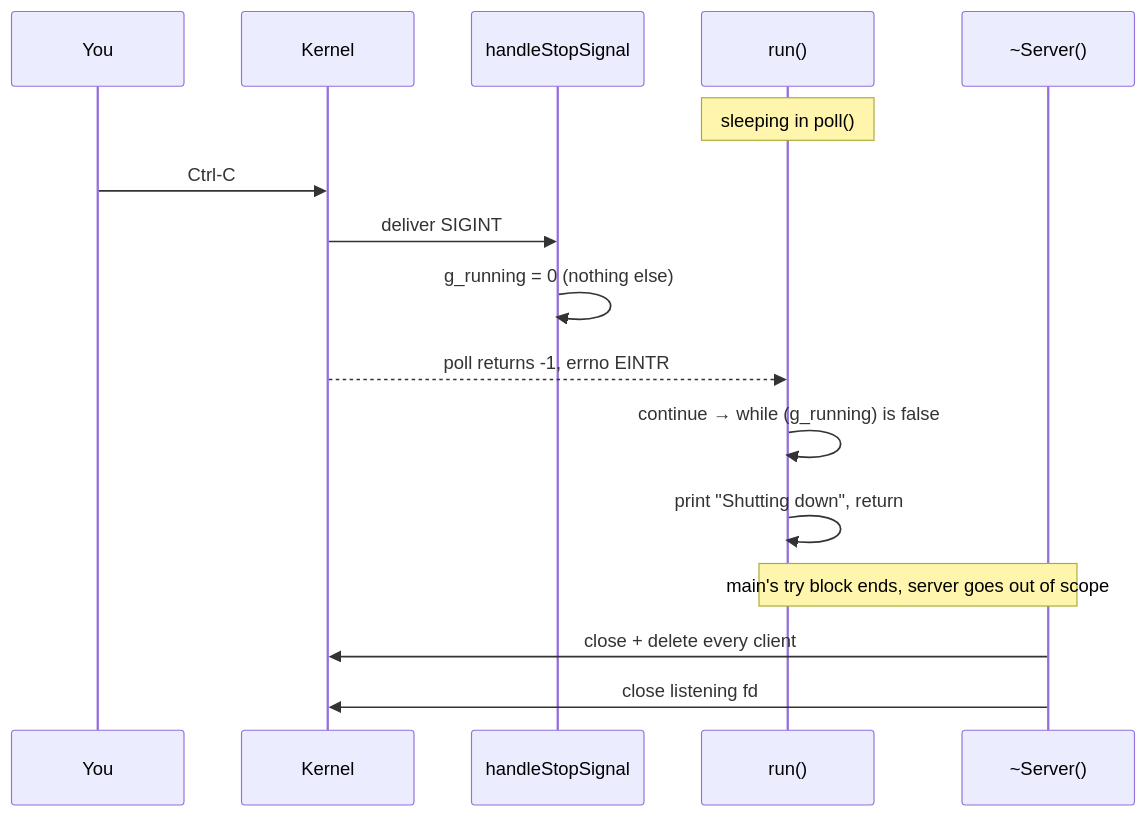
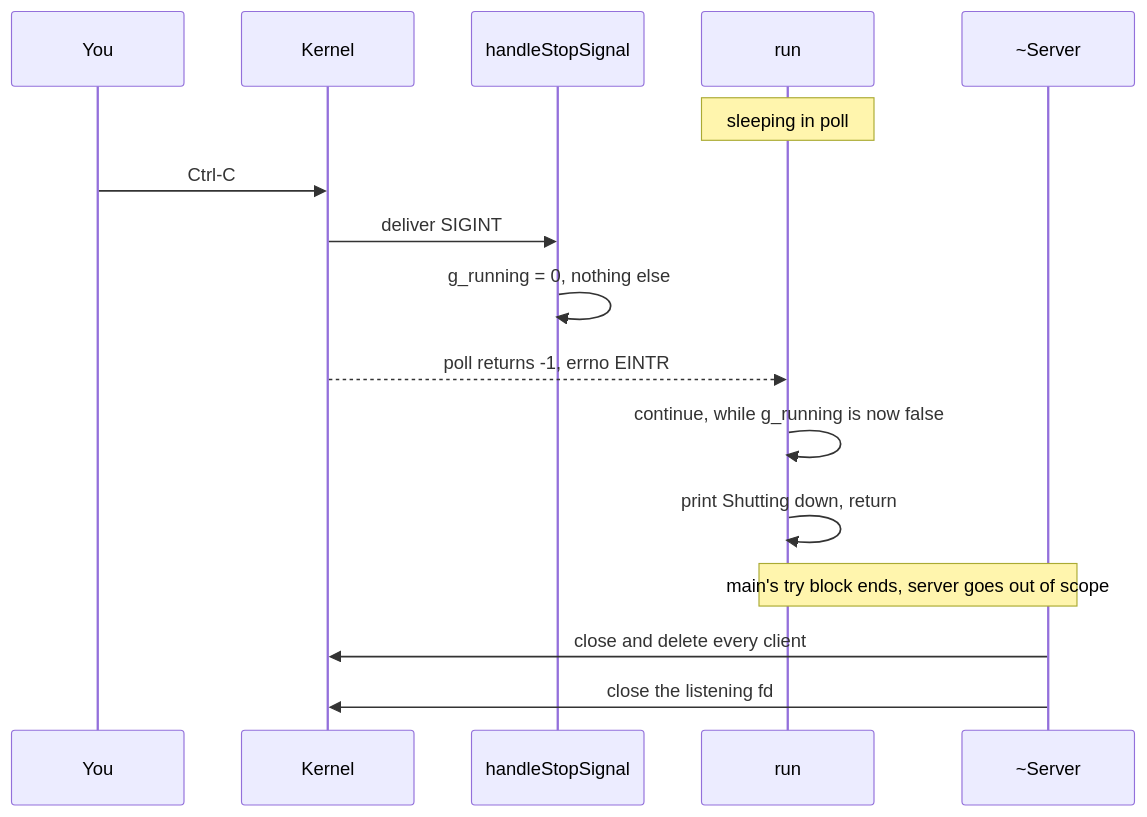
The eighth of 10 diagrams in docs/accept-poll-workflow.md (AAnaPereiraa/ft_irc), drawn with Mermaid before and after one commit. The commit also changed other lines of this file, not shown here.

````diff
--- a/docs/accept-poll-workflow.md
+++ b/docs/accept-poll-workflow.md
@@ -193,18 +549,18 @@
 ```mermaid
 sequenceDiagram
   participant U as You
   participant K as Kernel
   participant H as handleStopSignal
-  participant S as run()
-  participant D as ~Server()
-  Note over S: sleeping in poll()
+  participant S as run
+  participant D as ~Server
+  Note over S: sleeping in poll
   U->>K: Ctrl-C
   K->>H: deliver SIGINT
-  H->>H: g_running = 0 (nothing else)
+  H->>H: g_running = 0, nothing else
   K-->>S: poll returns -1, errno EINTR
-  S->>S: continue → while (g_running) is false
-  S->>S: print "Shutting down", return
+  S->>S: continue, while g_running is now false
+  S->>S: print Shutting down, return
   Note over S,D: main's try block ends, server goes out of scope
-  D->>K: close + delete every client
-  D->>K: close listening fd
+  D->>K: close and delete every client
+  D->>K: close the listening fd
 ```
````
